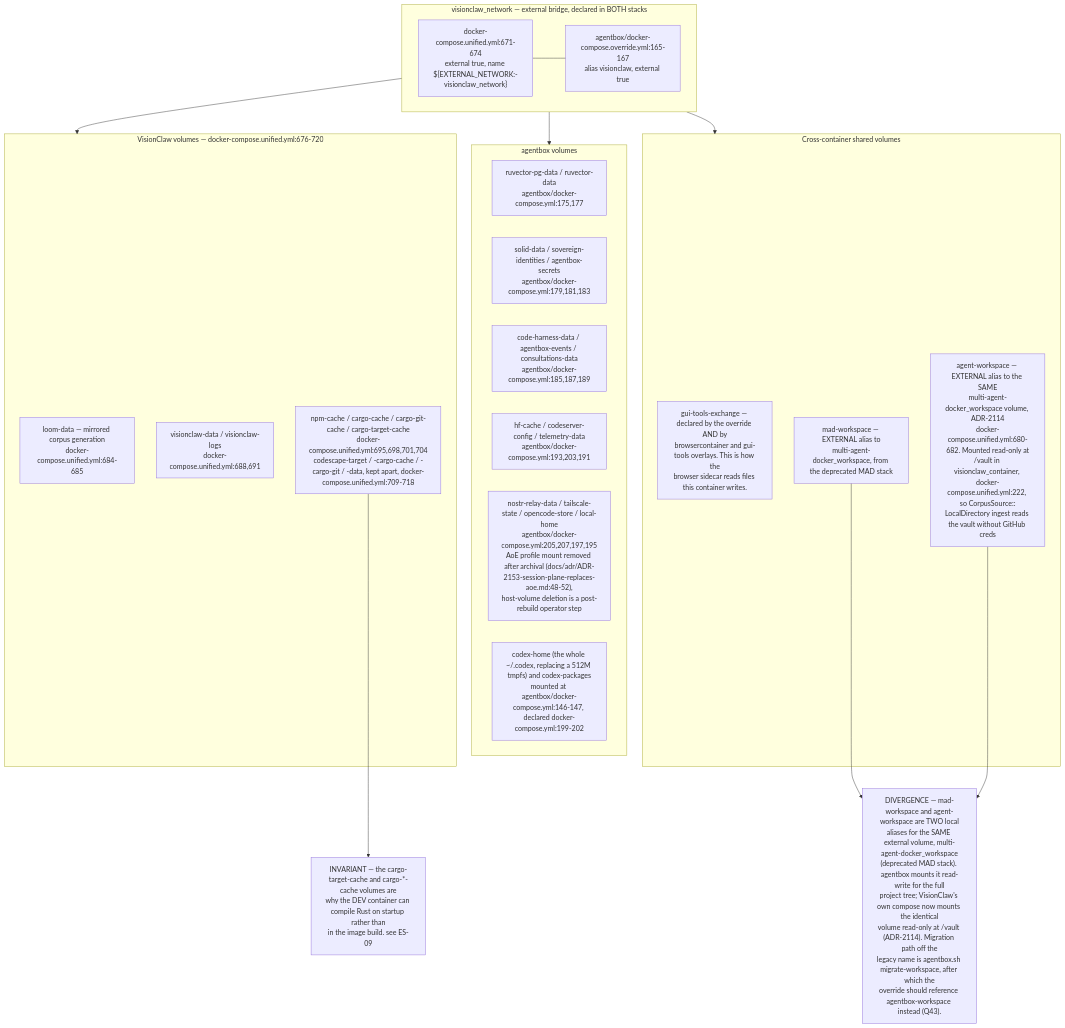
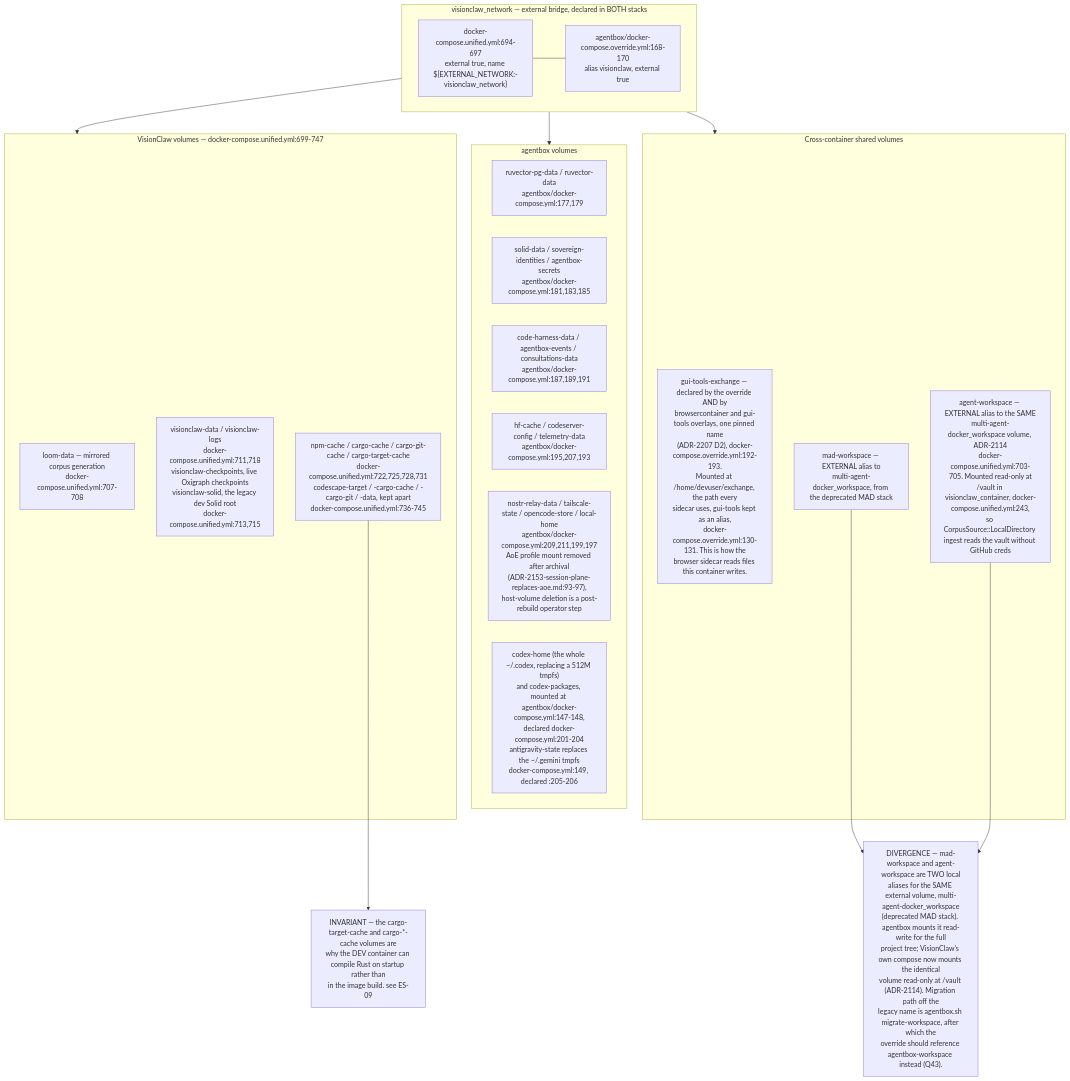
Before and after one commit to DreamLab-AI/VisionFlow: the fourth of 8 diagrams in docs/diagrams/estate/01-estate-topology.md, drawn with Mermaid. The commit also changed other lines of this file and 6 other files, not shown here.

````diff
--- a/docs/diagrams/estate/01-estate-topology.md
+++ b/docs/diagrams/estate/01-estate-topology.md
@@ -191,37 +191,37 @@
 ```mermaid
 flowchart TB
     subgraph net["visionclaw_network — external bridge, declared in BOTH stacks"]
-        N1["docker-compose.unified.yml:671-674<br/>external true, name ${EXTERNAL_NETWORK:-visionclaw_network}"]
-        N2["agentbox/docker-compose.override.yml:165-167<br/>alias visionclaw, external true"]
+        N1["docker-compose.unified.yml:694-697<br/>external true, name ${EXTERNAL_NETWORK:-visionclaw_network}"]
+        N2["agentbox/docker-compose.override.yml:168-170<br/>alias visionclaw, external true"]
     end
-    subgraph vcvol["VisionClaw volumes — docker-compose.unified.yml:676-720"]
-        V1["loom-data — mirrored corpus generation<br/>docker-compose.unified.yml:684-685"]
-        V2["visionclaw-data / visionclaw-logs<br/>docker-compose.unified.yml:688,691"]
-        V3["npm-cache / cargo-cache / cargo-git-cache / cargo-target-cache<br/>docker-compose.unified.yml:695,698,701,704<br/>codescape-target / -cargo-cache / -cargo-git / -data, kept apart, docker-compose.unified.yml:709-718"]
+    subgraph vcvol["VisionClaw volumes — docker-compose.unified.yml:699-747"]
+        V1["loom-data — mirrored corpus generation<br/>docker-compose.unified.yml:707-708"]
+        V2["visionclaw-data / visionclaw-logs<br/>docker-compose.unified.yml:711,718<br/>visionclaw-checkpoints, live Oxigraph checkpoints<br/>visionclaw-solid, the legacy dev Solid root<br/>docker-compose.unified.yml:713,715"]
+        V3["npm-cache / cargo-cache / cargo-git-cache / cargo-target-cache<br/>docker-compose.unified.yml:722,725,728,731<br/>codescape-target / -cargo-cache / -cargo-git / -data, kept apart<br/>docker-compose.unified.yml:736-745"]
     end
     subgraph abvol["agentbox volumes"]
-        W1["ruvector-pg-data / ruvector-data<br/>agentbox/docker-compose.yml:175,177"]
-        W2["solid-data / sovereign-identities / agentbox-secrets<br/>agentbox/docker-compose.yml:179,181,183"]
-        W3["code-harness-data / agentbox-events / consultations-data<br/>agentbox/docker-compose.yml:185,187,189"]
-        W4["hf-cache / codeserver-config / telemetry-data<br/>agentbox/docker-compose.yml:193,203,191"]
-        W5["nostr-relay-data / tailscale-state / opencode-store / local-home<br/>agentbox/docker-compose.yml:205,207,197,195<br/>AoE profile mount removed after archival (docs/adr/ADR-2153-session-plane-replaces-aoe.md:48-52),<br/>host-volume deletion is a post-rebuild operator step"]
-        W6["codex-home (the whole ~/.codex, replacing a 512M tmpfs) and codex-packages<br/>mounted at agentbox/docker-compose.yml:146-147, declared docker-compose.yml:199-202"]
+        W1["ruvector-pg-data / ruvector-data<br/>agentbox/docker-compose.yml:177,179"]
+        W2["solid-data / sovereign-identities / agentbox-secrets<br/>agentbox/docker-compose.yml:181,183,185"]
+        W3["code-harness-data / agentbox-events / consultations-data<br/>agentbox/docker-compose.yml:187,189,191"]
+        W4["hf-cache / codeserver-config / telemetry-data<br/>agentbox/docker-compose.yml:195,207,193"]
+        W5["nostr-relay-data / tailscale-state / opencode-store / local-home<br/>agentbox/docker-compose.yml:209,211,199,197<br/>AoE profile mount removed after archival<br/>(ADR-2153-session-plane-replaces-aoe.md:93-97),<br/>host-volume deletion is a post-rebuild operator step"]
+        W6["codex-home (the whole ~/.codex, replacing a 512M tmpfs)<br/>and codex-packages, mounted at agentbox/docker-compose.yml:147-148,<br/>declared docker-compose.yml:201-204<br/>antigravity-state replaces the ~/.gemini tmpfs<br/>docker-compose.yml:149, declared :205-206"]
     end
     subgraph shared["Cross-container shared volumes"]
-        S1["gui-tools-exchange — declared by the override AND by<br/>browsercontainer and gui-tools overlays. This is how the<br/>browser sidecar reads files this container writes."]
+        S1["gui-tools-exchange — declared by the override AND by<br/>browsercontainer and gui-tools overlays, one pinned name<br/>(ADR-2207 D2), docker-compose.override.yml:192-193.<br/>Mounted at /home/devuser/exchange, the path every<br/>sidecar uses, gui-tools kept as an alias,<br/>docker-compose.override.yml:130-131. This is how the<br/>browser sidecar reads files this container writes."]
         S2["mad-workspace — EXTERNAL alias to<br/>multi-agent-docker_workspace, from the deprecated MAD stack"]
-        S3["agent-workspace — EXTERNAL alias to the SAME<br/>multi-agent-docker_workspace volume, ADR-2114<br/>docker-compose.unified.yml:680-682. Mounted read-only at<br/>/vault in visionclaw_container, docker-compose.unified.yml:222, so CorpusSource::<br/>LocalDirectory ingest reads the vault without GitHub creds"]
+        S3["agent-workspace — EXTERNAL alias to the SAME<br/>multi-agent-docker_workspace volume, ADR-2114<br/>docker-compose.unified.yml:703-705. Mounted read-only at<br/>/vault in visionclaw_container, docker-compose.unified.yml:243,<br/>so CorpusSource::LocalDirectory ingest reads the vault without GitHub creds"]
     end
 
     N1 --- N2
     net --> vcvol
     net --> abvol
     net --> shared
 
     D1["DIVERGENCE — mad-workspace and agent-workspace are TWO local<br/>aliases for the SAME external volume, multi-agent-docker_workspace<br/>(deprecated MAD stack). agentbox mounts it read-write for the full<br/>project tree; VisionClaw's own compose now mounts the identical<br/>volume read-only at /vault (ADR-2114). Migration path off the<br/>legacy name is agentbox.sh migrate-workspace, after which the<br/>override should reference agentbox-workspace instead (Q43)."]
     INV["INVARIANT — the cargo-target-cache and cargo-*-cache volumes are<br/>why the DEV container can compile Rust on startup rather than<br/>in the image build. see ES-09"]
 
     S2 --> D1
     S3 --> D1
     V3 --> INV
 ```
````
